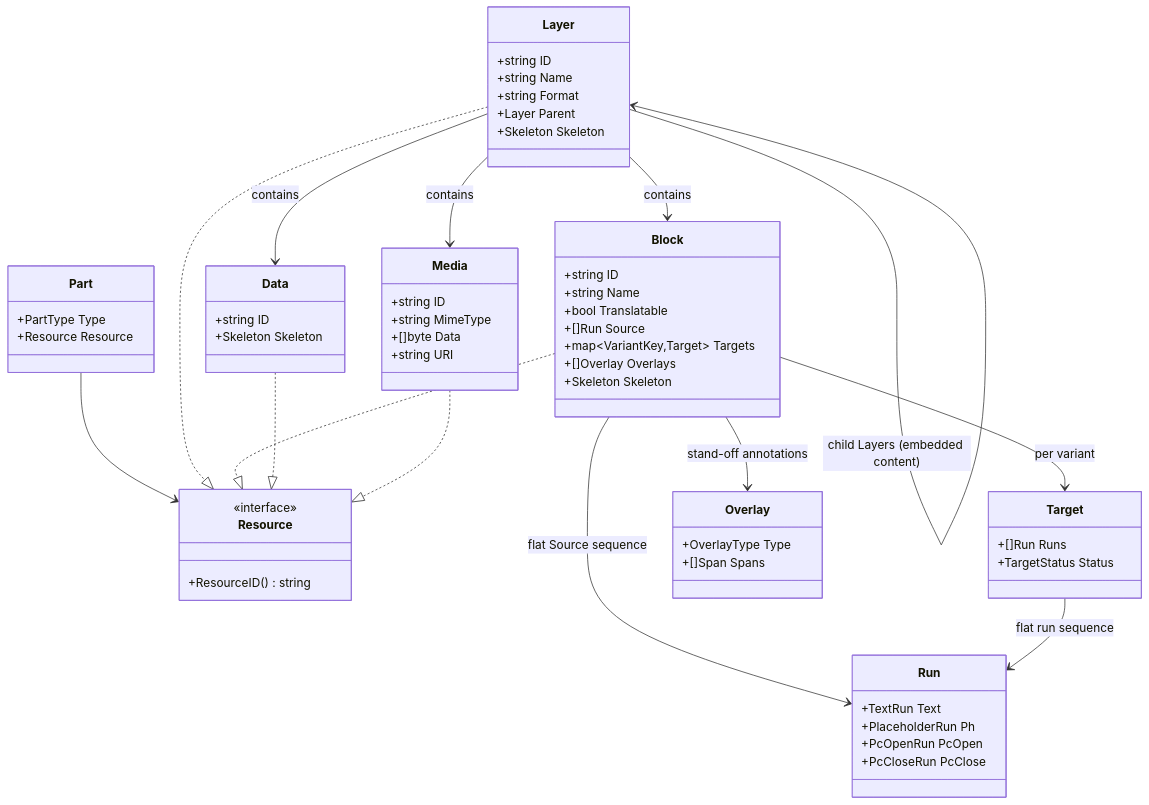
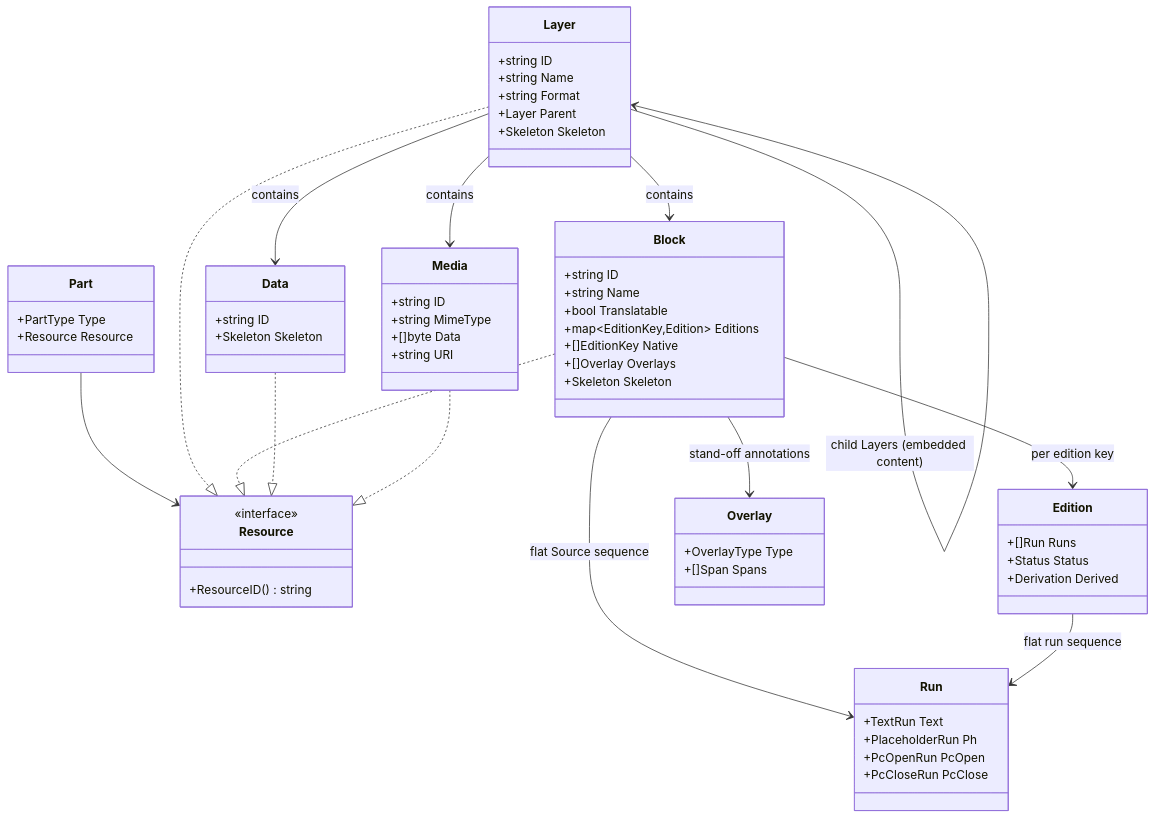
Before and after one commit to neokapi/neokapi: the second of 2 diagrams in docs/internals/ARCHITECTURE.md, drawn with Mermaid. The commit also changed other lines of this file and 15 other files, not shown here.

First line of the commit message:
Describe a block's peer editions in the docs

````diff
--- a/docs/internals/ARCHITECTURE.md
+++ b/docs/internals/ARCHITECTURE.md
@@ -167,73 +167,74 @@
 ```mermaid
 classDiagram
     class Part {
         +PartType Type
         +Resource Resource
     }
 
     class Resource {
         <<interface>>
         +ResourceID() string
     }
 
     class Layer {
         +string ID
         +string Name
         +string Format
         +Layer Parent
         +Skeleton Skeleton
     }
 
     class Block {
         +string ID
         +string Name
         +bool Translatable
-        +[]Run Source
-        +map~VariantKey,Target~ Targets
+        +map~EditionKey,Edition~ Editions
+        +[]EditionKey Native
         +[]Overlay Overlays
         +Skeleton Skeleton
     }
 
-    class Target {
+    class Edition {
         +[]Run Runs
-        +TargetStatus Status
+        +Status Status
+        +Derivation Derived
     }
 
     class Overlay {
         +OverlayType Type
         +[]Span Spans
     }
 
     class Run {
         +TextRun Text
         +PlaceholderRun Ph
         +PcOpenRun PcOpen
         +PcCloseRun PcClose
     }
 
     class Data {
         +string ID
         +Skeleton Skeleton
     }
 
     class Media {
         +string ID
         +string MimeType
         +[]byte Data
         +string URI
     }
 
     Part --> Resource
     Layer ..|> Resource
     Block ..|> Resource
     Data ..|> Resource
     Media ..|> Resource
     Layer --> Layer : child Layers (embedded content)
     Layer --> Block : contains
     Layer --> Data : contains
     Layer --> Media : contains
     Block --> Run : flat Source sequence
-    Block --> Target : per variant
+    Block --> Edition : per edition key
     Block --> Overlay : stand-off annotations
-    Target --> Run : flat run sequence
+    Edition --> Run : flat run sequence
 ```
````
